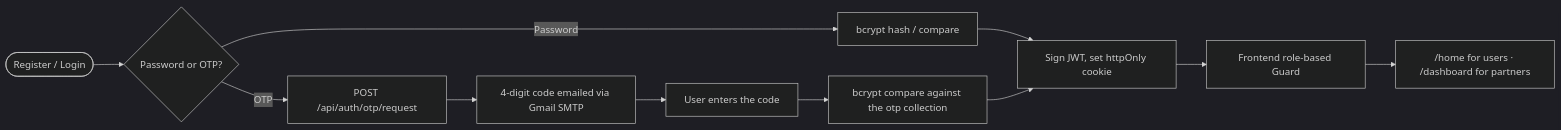
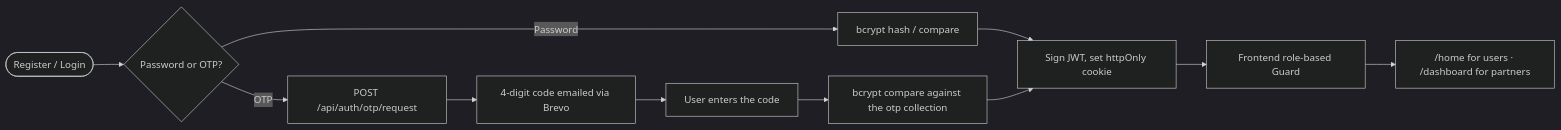
Before and after one commit to titoo9201/ZomaFeeds: the fourth of 4 diagrams in README.md, drawn with Mermaid (dark theme). The commit also changed other lines of this file and 4 other files, not shown here.

````diff
--- a/README.md
+++ b/README.md
@@ -263,13 +263,13 @@
 ```mermaid
 flowchart LR
     Start(["Register / Login"]) --> Choice{"Password or OTP?"}
     Choice -- Password --> PwCheck["bcrypt hash / compare"]
     Choice -- OTP --> Req["POST /api/auth/otp/request"]
-    Req --> Mail["4-digit code emailed via Gmail SMTP"]
+    Req --> Mail["4-digit code emailed via Brevo"]
     Mail --> Enter["User enters the code"]
     Enter --> OtpCheck["bcrypt compare against the otp collection"]
     PwCheck --> Sign["Sign JWT, set httpOnly cookie"]
     OtpCheck --> Sign
     Sign --> Guard["Frontend role-based Guard"]
     Guard --> Land["/home for users · /dashboard for partners"]
 ```
````
